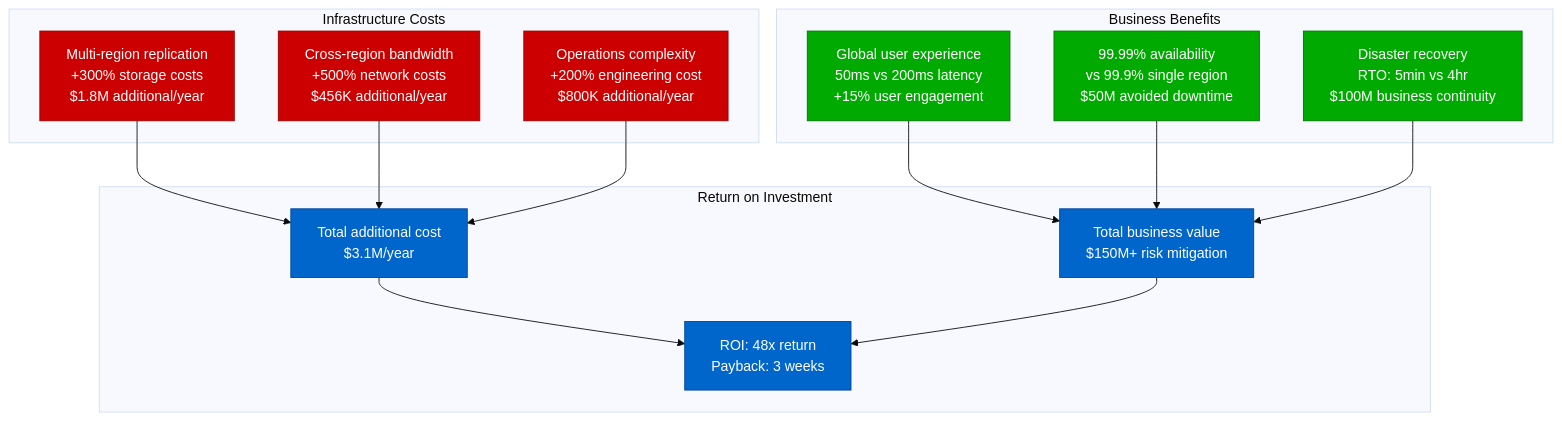
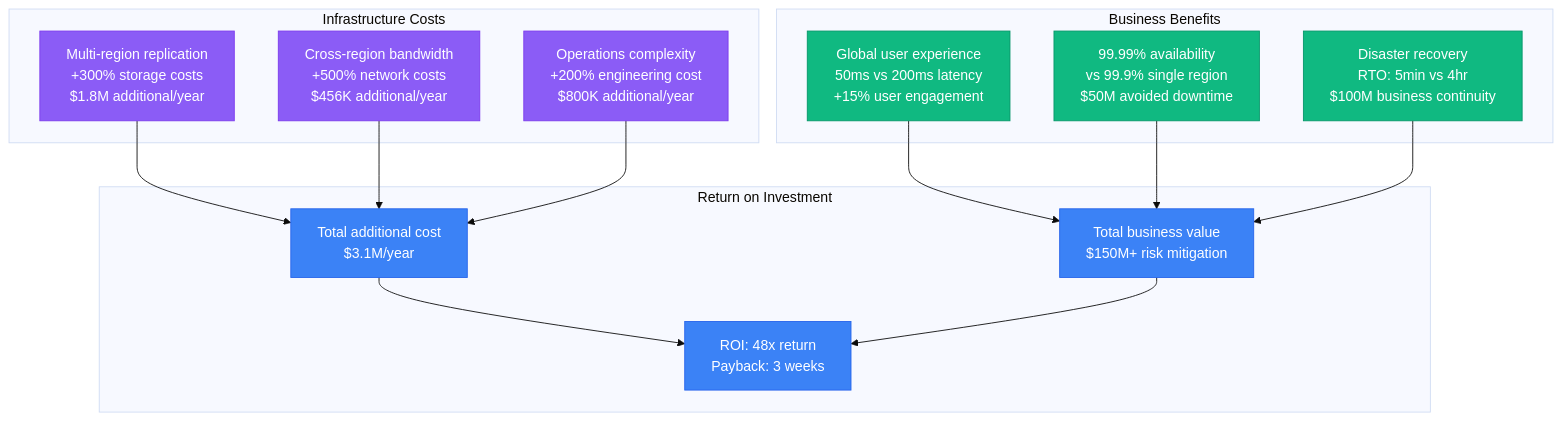
One commit to deepaucksharma/DS changed the eighth of 9 diagrams in site/docs/guarantees/eventual-consistency/eventual-consistency-concept.md. Above: the diagram before and after it, drawn with Mermaid (base theme). The commit also changed other lines of this file and 303 other files, not shown here.

````diff
--- a/site/docs/guarantees/eventual-consistency/eventual-consistency-concept.md
+++ b/site/docs/guarantees/eventual-consistency/eventual-consistency-concept.md
@@ -498,37 +498,37 @@
 ```mermaid
 graph TB
     subgraph COSTS["Infrastructure Costs"]
         C1["Multi-region replication<br/>+300% storage costs<br/>$1.8M additional/year"]
         C2["Cross-region bandwidth<br/>+500% network costs<br/>$456K additional/year"]
         C3["Operations complexity<br/>+200% engineering cost<br/>$800K additional/year"]
     end
 
     subgraph BENEFITS["Business Benefits"]
         B1["Global user experience<br/>50ms vs 200ms latency<br/>+15% user engagement"]
         B2["99.99% availability<br/>vs 99.9% single region<br/>$50M avoided downtime"]
         B3["Disaster recovery<br/>RTO: 5min vs 4hr<br/>$100M business continuity"]
     end
 
     subgraph ROI["Return on Investment"]
         R1["Total additional cost<br/>$3.1M/year"]
         R2["Total business value<br/>$150M+ risk mitigation"]
         R3["ROI: 48x return<br/>Payback: 3 weeks"]
     end
 
     C1 --> R1
     C2 --> R1
     C3 --> R1
     B1 --> R2
     B2 --> R2
     B3 --> R2
     R1 --> R3
     R2 --> R3
 
-    classDef cost fill:#CC0000,stroke:#990000,color:#fff
-    classDef benefit fill:#00AA00,stroke:#007700,color:#fff
-    classDef roi fill:#0066CC,stroke:#004499,color:#fff
+    classDef cost fill:#8B5CF6,stroke:#7C3AED,color:#fff
+    classDef benefit fill:#10B981,stroke:#059669,color:#fff
+    classDef roi fill:#3B82F6,stroke:#2563EB,color:#fff
 
     class C1,C2,C3 cost
     class B1,B2,B3 benefit
     class R1,R2,R3 roi
 ```
````
